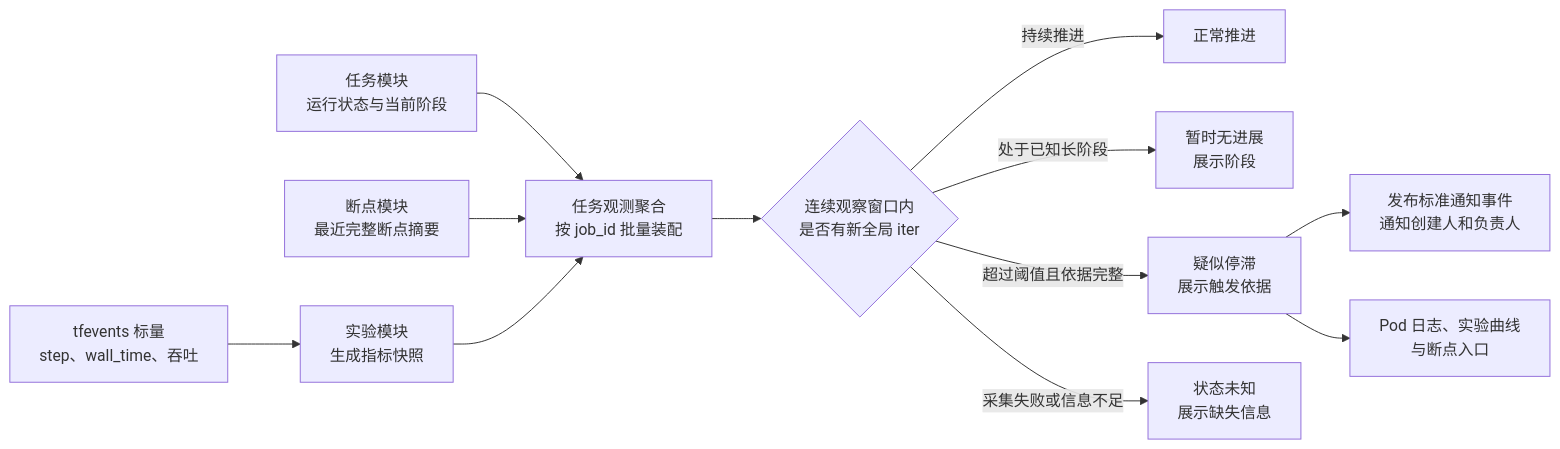
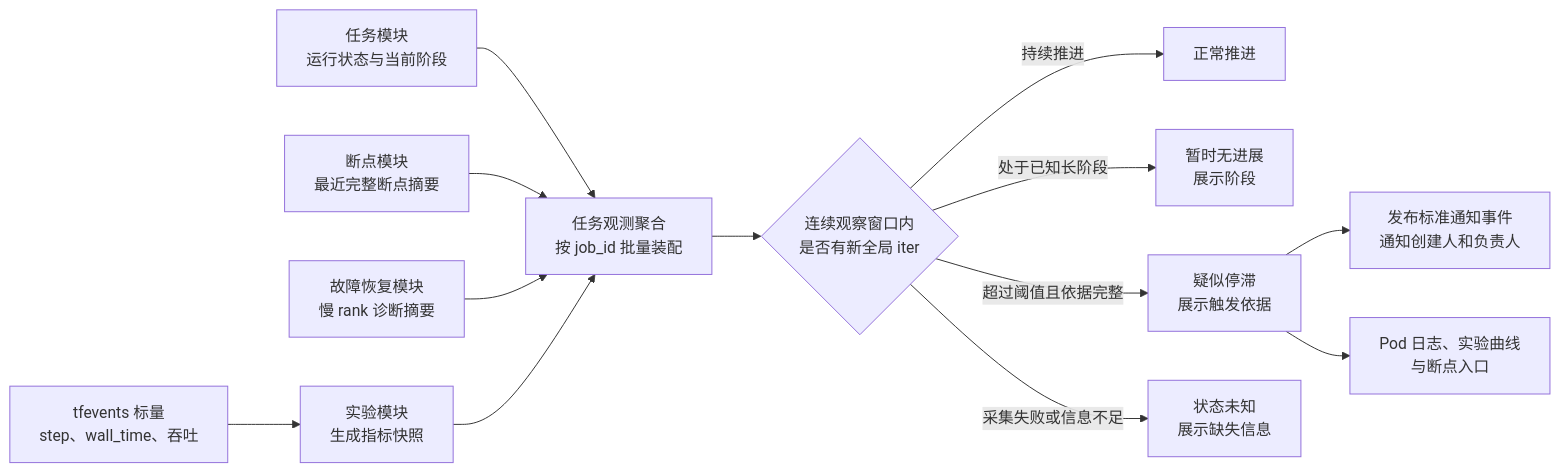
Before and after one commit to gqcn/ltp: the second of 3 diagrams in docs/平台规划/3.3-训练任务管理.md, drawn with Mermaid. The commit also changed other lines of this file and 2 other files, not shown here.

````diff
--- a/docs/平台规划/3.3-训练任务管理.md
+++ b/docs/平台规划/3.3-训练任务管理.md
@@ -168,14 +172,15 @@
 ```mermaid
 flowchart LR
     events["tfevents 标量<br/>step、wall_time、吞吐"] --> experiment["实验模块<br/>生成指标快照"]
     task["任务模块<br/>运行状态与当前阶段"] --> aggregate["任务观测聚合<br/>按 job_id 批量装配"]
     checkpoint["断点模块<br/>最近完整断点摘要"] --> aggregate
+    rankReport["故障恢复模块<br/>慢 rank 诊断摘要"] --> aggregate
     experiment --> aggregate
     aggregate --> rules{"连续观察窗口内<br/>是否有新全局 iter"}
     rules -->|"持续推进"| normal["正常推进"]
     rules -->|"处于已知长阶段"| waiting["暂时无进展<br/>展示阶段"]
     rules -->|"超过阈值且依据完整"| suspected["疑似停滞<br/>展示触发依据"]
     rules -->|"采集失败或信息不足"| unknown["状态未知<br/>展示缺失信息"]
     suspected --> notify["发布标准通知事件<br/>通知创建人和负责人"]
     suspected --> diagnose["Pod 日志、实验曲线<br/>与断点入口"]
 ```
````
